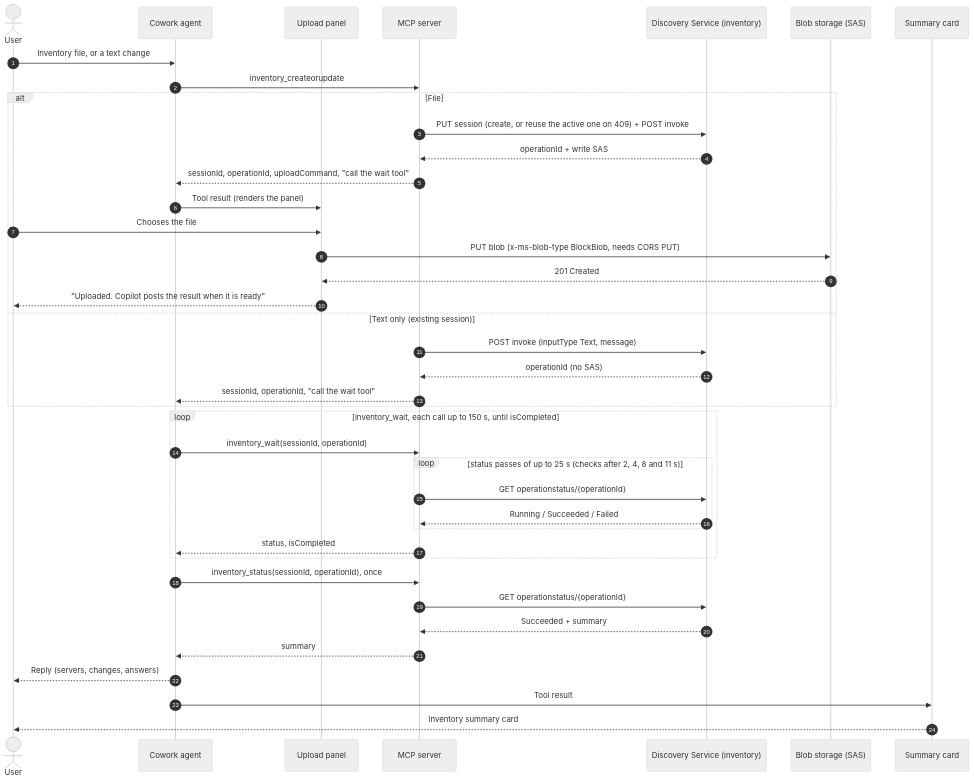
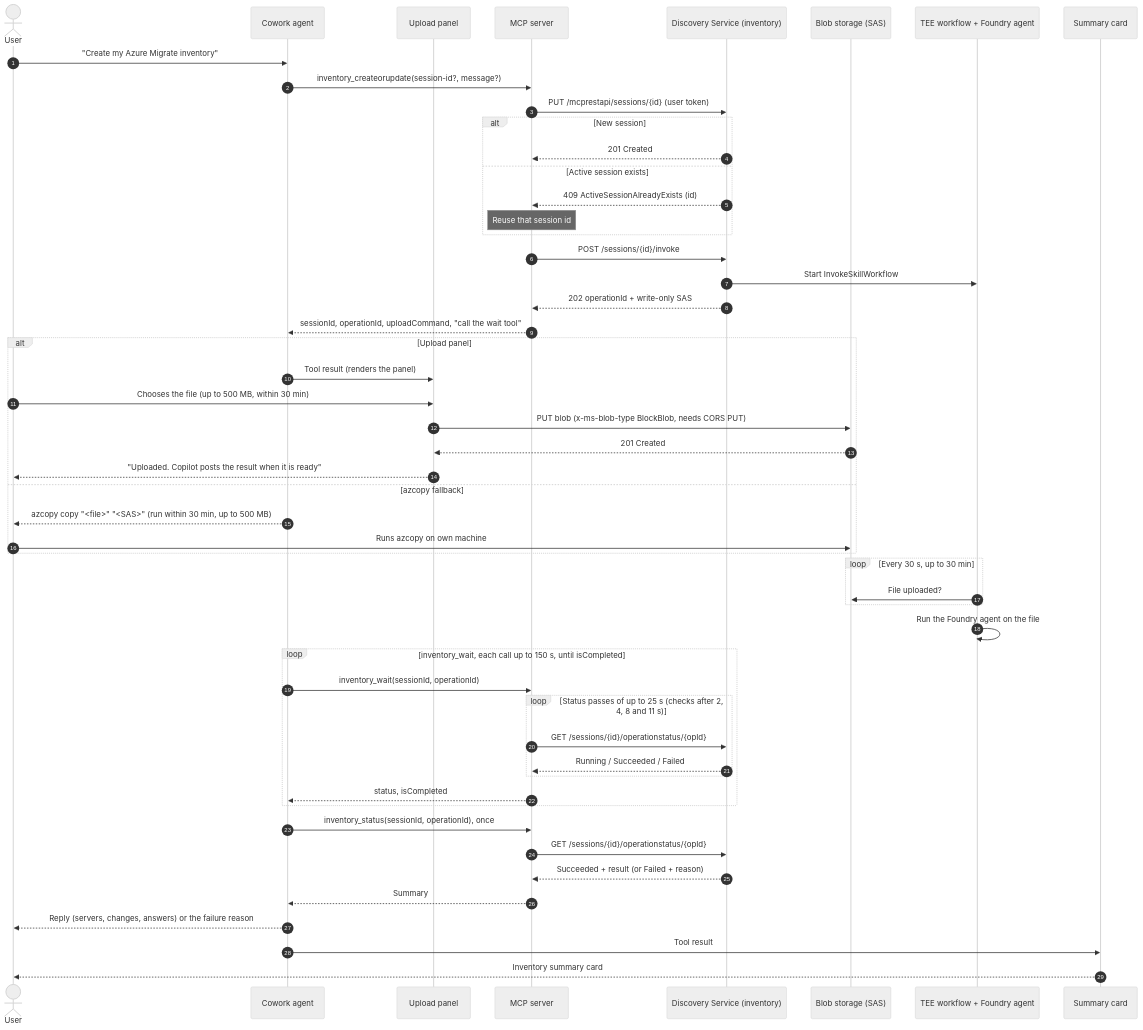
One commit to microsoft/mcp changed the diagram in tools/Azure.Mcp.Tools.AzureMigrate/docs/sequence-diagrams/03-inventory-upload-and-tracking.md. Above: the diagram before and after it, drawn with Mermaid (neutral theme). The commit also changed other lines of this file and 4 other files, not shown here.

First line of the commit message:
AzureMigrate docs: align sequence diagrams with the cowork reference style

````diff
--- a/tools/Azure.Mcp.Tools.AzureMigrate/docs/sequence-diagrams/03-inventory-upload-and-tracking.md
+++ b/tools/Azure.Mcp.Tools.AzureMigrate/docs/sequence-diagrams/03-inventory-upload-and-tracking.md
@@ -8,45 +14,59 @@
 ```mermaid
 sequenceDiagram
     autonumber
     actor U as User
     participant A as Cowork agent
     participant P as Upload panel
     participant M as MCP server
     participant D as Discovery Service (inventory)
     participant S as Blob storage (SAS)
+    participant T as TEE workflow + Foundry agent
     participant C as Summary card
 
-    U->>A: Inventory file, or a text change
-    A->>M: inventory_createorupdate
-    alt File
-        M->>D: PUT session (create, or reuse the active one on 409) + POST invoke
-        D-->>M: operationId + write SAS
-        M-->>A: sessionId, operationId, uploadCommand, "call the wait tool"
+    U->>A: "Create my Azure Migrate inventory"
+    A->>M: inventory_createorupdate(session-id?, message?)
+    M->>D: PUT /mcprestapi/sessions/{id} (user token)
+    alt New session
+        D-->>M: 201 Created
+    else Active session exists
+        D-->>M: 409 ActiveSessionAlreadyExists (id)
+        Note over M: Reuse that session id
+    end
+    M->>D: POST /sessions/{id}/invoke
+    D->>T: Start InvokeSkillWorkflow
+    D-->>M: 202 operationId + write-only SAS
+    M-->>A: sessionId, operationId, uploadCommand, "call the wait tool"
+
+    alt Upload panel
         A->>P: Tool result (renders the panel)
-        U->>P: Chooses the file
+        U->>P: Chooses the file (up to 500 MB, within 30 min)
         P->>S: PUT blob (x-ms-blob-type BlockBlob, needs CORS PUT)
         S-->>P: 201 Created
         P-->>U: "Uploaded. Copilot posts the result when it is ready"
-    else Text only (existing session)
-        M->>D: POST invoke (inputType Text, message)
-        D-->>M: operationId (no SAS)
-        M-->>A: sessionId, operationId, "call the wait tool"
+    else azcopy fallback
+        A-->>U: azcopy copy "<file>" "<SAS>" (run within 30 min, up to 500 MB)
+        U->>S: Runs azcopy on own machine
     end
+
+    loop Every 30 s, up to 30 min
+        T->>S: File uploaded?
+    end
+    T->>T: Run the Foundry agent on the file
 
     loop inventory_wait, each call up to 150 s, until isCompleted
         A->>M: inventory_wait(sessionId, operationId)
-        loop status passes of up to 25 s (checks after 2, 4, 8 and 11 s)
-            M->>D: GET operationstatus/{operationId}
+        loop Status passes of up to 25 s (checks after 2, 4, 8 and 11 s)
+            M->>D: GET /sessions/{id}/operationstatus/{opId}
             D-->>M: Running / Succeeded / Failed
         end
         M-->>A: status, isCompleted
     end
 
     A->>M: inventory_status(sessionId, operationId), once
-    M->>D: GET operationstatus/{operationId}
-    D-->>M: Succeeded + summary
-    M-->>A: summary
-    A-->>U: Reply (servers, changes, answers)
+    M->>D: GET /sessions/{id}/operationstatus/{opId}
+    D-->>M: Succeeded + result (or Failed + reason)
+    M-->>A: Summary
+    A-->>U: Reply (servers, changes, answers) or the failure reason
     A->>C: Tool result
     C-->>U: Inventory summary card
 ```
````
